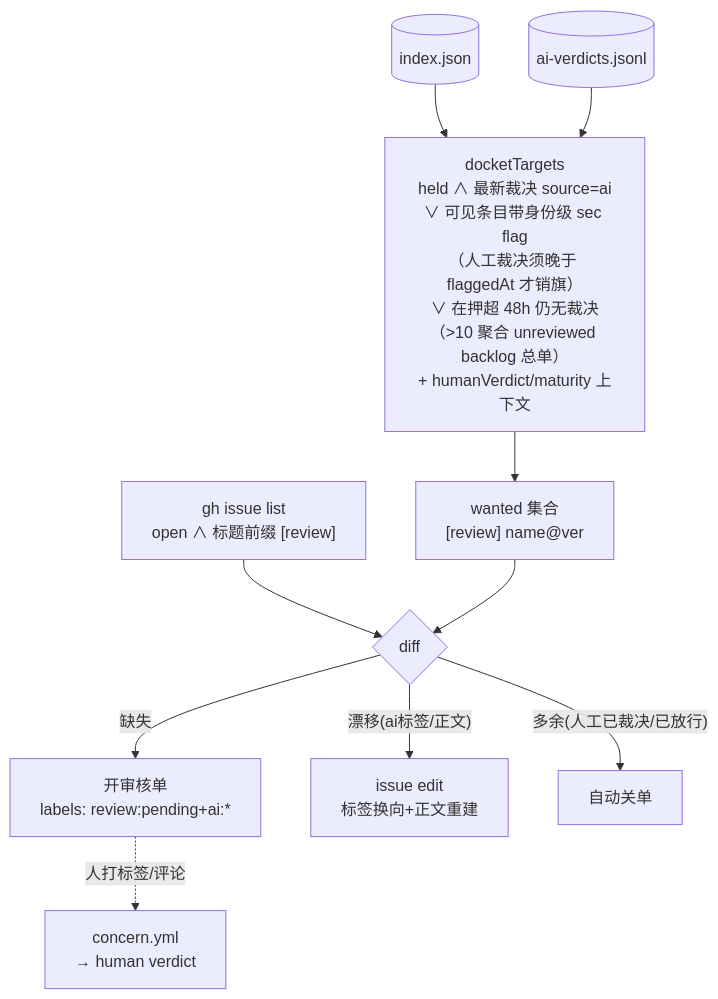
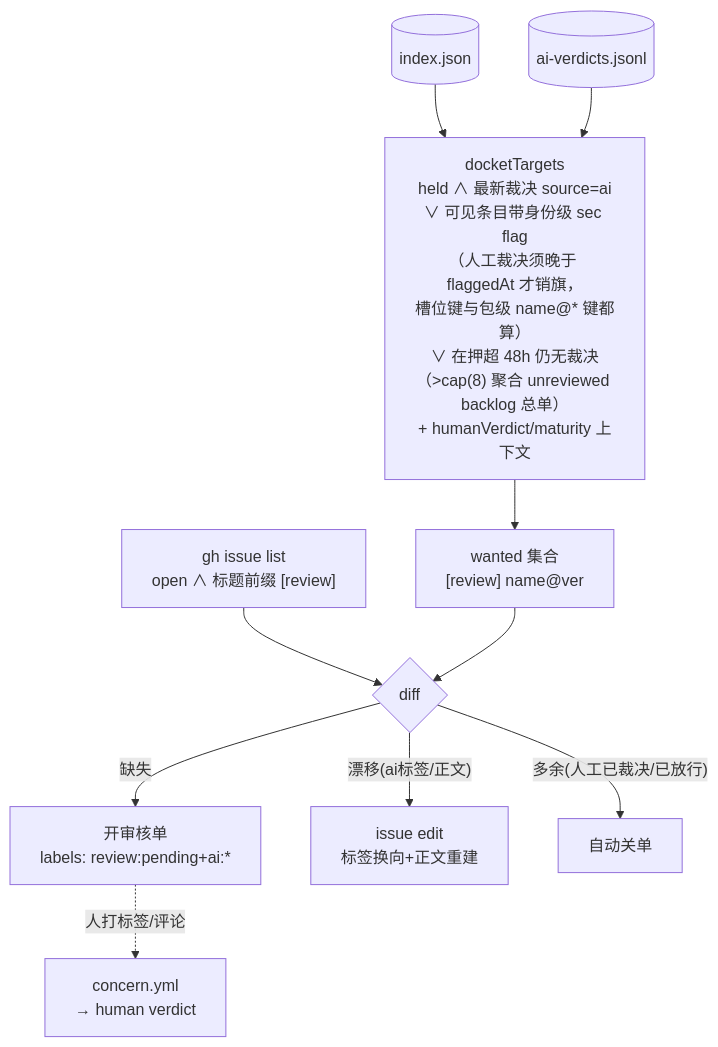
One commit to awesome-market/awesome-opencode-market changed the ninth of 11 diagrams in docs/DATA-FLOWS.md. Above: the diagram before and after it, drawn with Mermaid. The commit also changed other lines of this file and 3 other files, not shown here.

````diff
--- a/docs/DATA-FLOWS.md
+++ b/docs/DATA-FLOWS.md
@@ -1252,12 +1252,12 @@
 ```mermaid
 flowchart TB
-  IDX[("index.json")] --> DT["docketTargets<br/>held ∧ 最新裁决 source=ai<br/>∨ 可见条目带身份级 sec flag<br/>（人工裁决须晚于 flaggedAt 才销旗）<br/>∨ 在押超 48h 仍无裁决<br/>（>10 聚合 unreviewed backlog 总单）<br/>+ humanVerdict/maturity 上下文"]
+  IDX[("index.json")] --> DT["docketTargets<br/>held ∧ 最新裁决 source=ai<br/>∨ 可见条目带身份级 sec flag<br/>（人工裁决须晚于 flaggedAt 才销旗，<br/>槽位键与包级 name@* 键都算）<br/>∨ 在押超 48h 仍无裁决<br/>（>cap(8) 聚合 unreviewed backlog 总单）<br/>+ humanVerdict/maturity 上下文"]
   VJ[("ai-verdicts.jsonl")] --> DT
   DT --> W["wanted 集合<br/>[review] name@ver"]
   OPEN["gh issue list<br/>open ∧ 标题前缀 [review]"] --> DF{"diff"}
   W --> DF
   DF -->|"缺失"| OPENI["开审核单<br/>labels: review:pending+ai:*"]
   DF -->|"漂移(ai标签/正文)"| EDIT["issue edit<br/>标签换向+正文重建"]
   DF -->|"多余(人工已裁决/已放行)"| CLOSEI["自动关单"]
   OPENI -.->|"人打标签/评论"| CON["concern.yml<br/>→ human verdict"]
 ```
````
